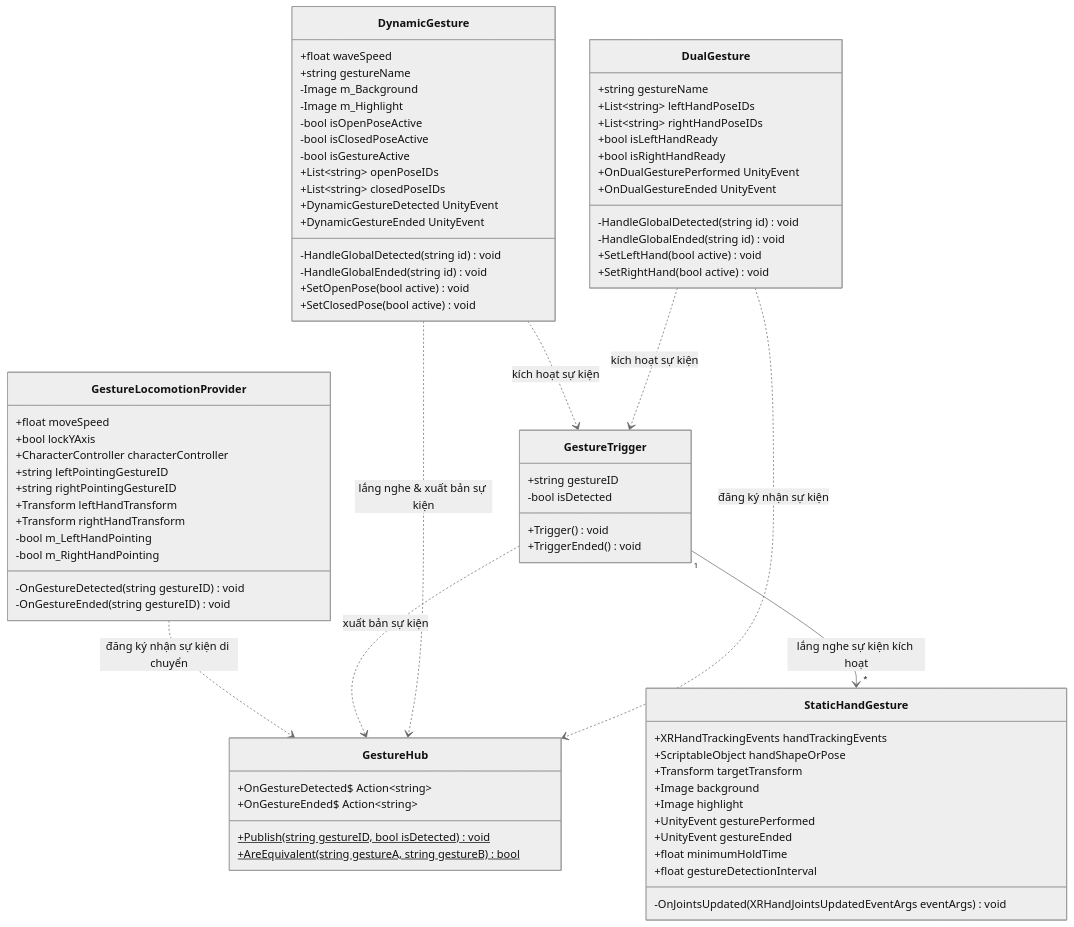
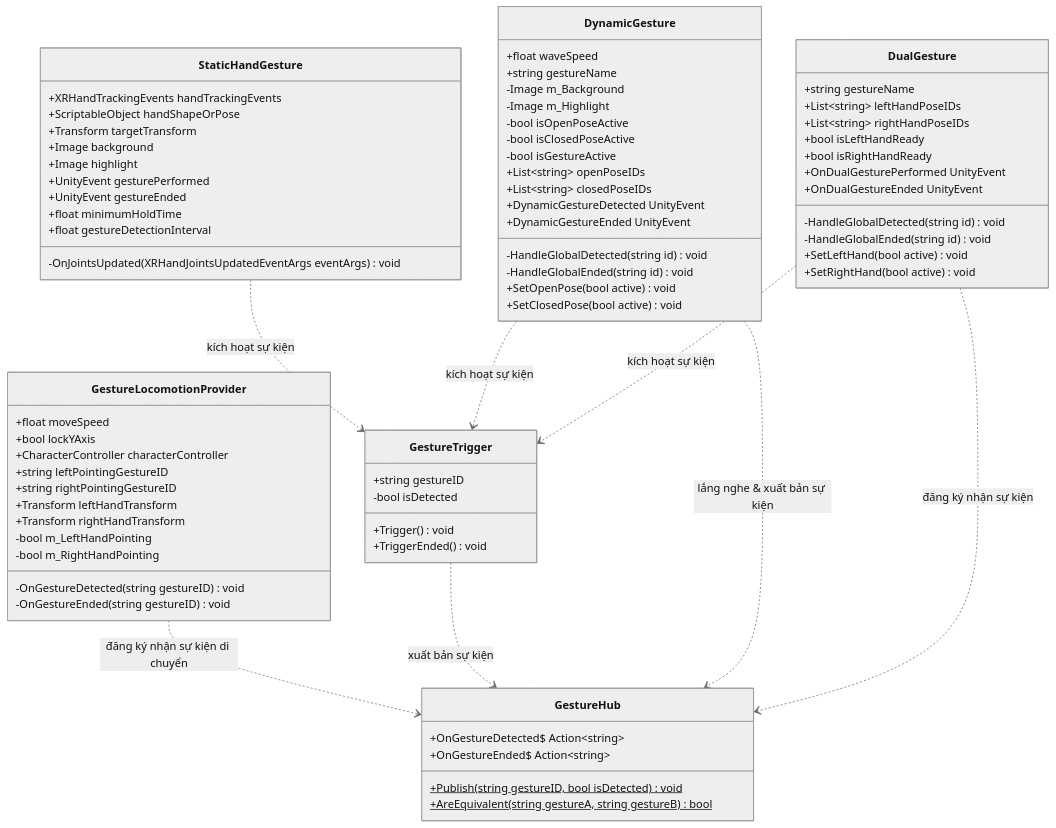
The fourth of 7 diagrams in docs/DATN/12-Chương_5_Các_giải_pháp_và_đóng_góp_nổi_bật.md (MinhTrinh04/ASL), drawn with Mermaid before and after one commit. The commit also changed other lines of this file and 1 other file, not shown here.

Commit message:
del dependency static

```diff
--- a/docs/DATN/12-Chương_5_Các_giải_pháp_và_đóng_góp_nổi_bật.md
+++ b/docs/DATN/12-Chương_5_Các_giải_pháp_và_đóng_góp_nổi_bật.md
@@ -283,7 +283,7 @@
     }
 
     GestureLocomotionProvider ..> GestureHub : đăng ký nhận sự kiện di chuyển
-    GestureTrigger "1" --> "*" StaticHandGesture : lắng nghe sự kiện kích hoạt
+    StaticHandGesture ..> GestureTrigger : kích hoạt sự kiện
     GestureTrigger ..> GestureHub : xuất bản sự kiện
     DynamicGesture ..> GestureHub : lắng nghe & xuất bản sự kiện
     DynamicGesture ..> GestureTrigger : kích hoạt sự kiện
```
